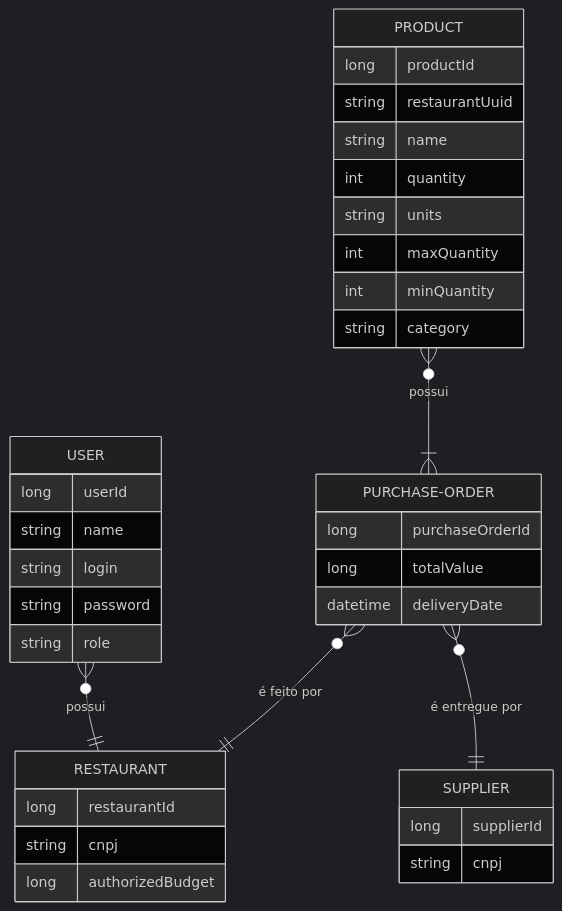
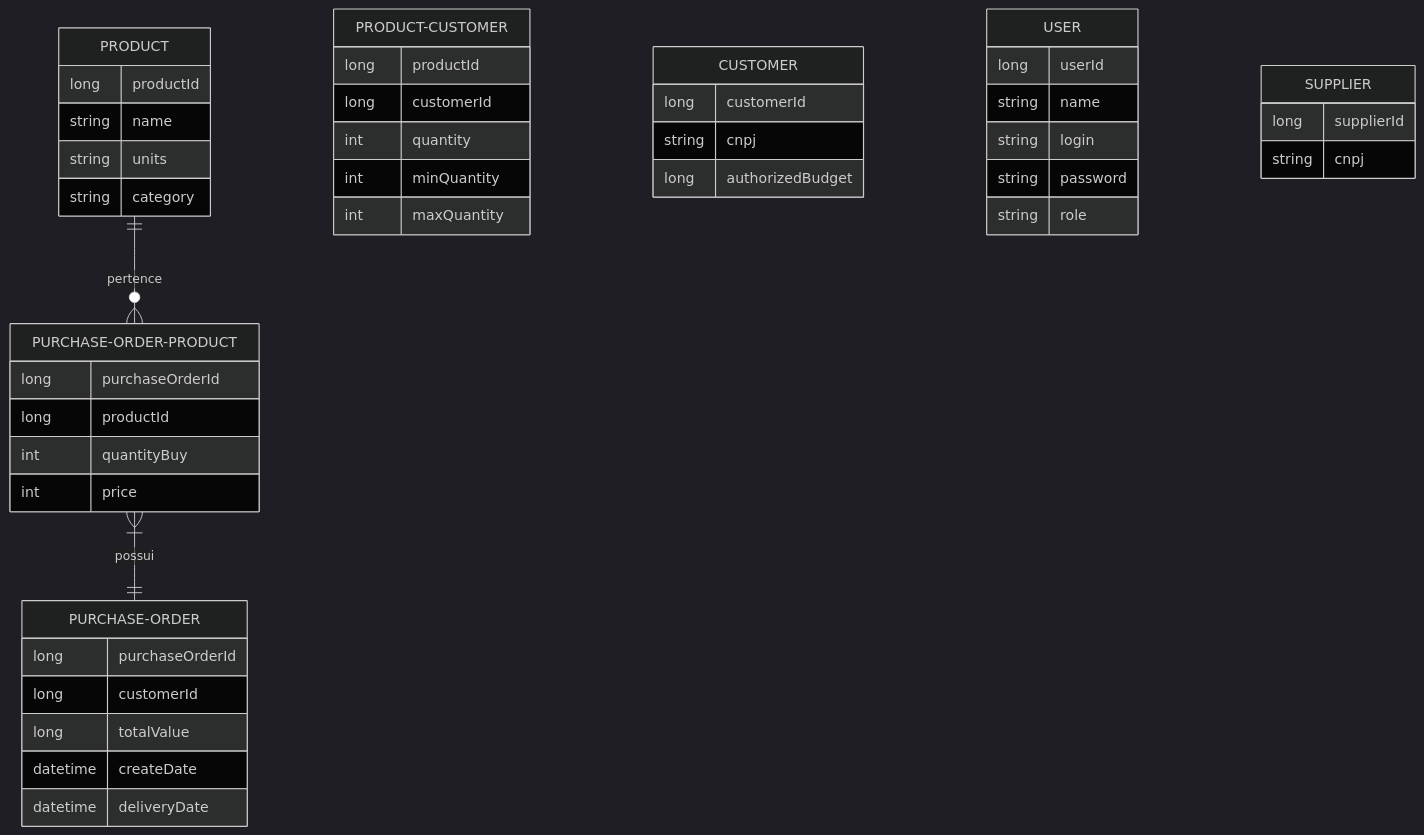
One commit to maihe/tc-restaurant-buyer changed the diagram in DOCS/db.md. Above: the diagram before and after it, drawn with Mermaid (dark theme).

Commit message:
atdb: atualizado Modelo ER

````diff
--- a/DOCS/db.md
+++ b/DOCS/db.md
@@ -5,47 +5,56 @@
 ```mermaid
 erDiagram
     
-    PRODUCT }o--|{ PURCHASE-ORDER : "possui"
-    
+    PRODUCT ||--o{ PURCHASE-ORDER-PRODUCT : "pertence"
+
     PRODUCT {
         long productId
-        string restaurantUuid
-        string name
-        int quantity
+        string name        
         string units
-        int maxQuantity
-        int minQuantity
         string category
     }
-    
-    PURCHASE-ORDER }o--|| RESTAURANT : "é feito por"
-    
-    PURCHASE-ORDER }o--|| SUPPLIER : "é entregue por"
-    
+
+    PRODUCT-CUSTOMER {
+        long productId
+        long customerId
+        int quantity
+        int minQuantity
+        int maxQuantity        
+    }
+
+    PURCHASE-ORDER-PRODUCT }|--|| PURCHASE-ORDER : "possui"
+
+    PURCHASE-ORDER-PRODUCT{
+        long purchaseOrderId
+        long productId
+        int quantityBuy
+        int price
+    }
+   
     PURCHASE-ORDER {
         long purchaseOrderId
+        long customerId   
         long totalValue
+        datetime createDate
         datetime deliveryDate
     } 
     
-    RESTAURANT {
-        long restaurantId        
+    CUSTOMER {
+        long customerId        
         string cnpj
         long authorizedBudget
     }
-
-    USER }o--|| RESTAURANT : "possui"
-    
+       
     USER {
         long userId
         string name
         string login
         string password
         string role
     }
 
     SUPPLIER {
         long supplierId
         string cnpj
     }
 ```
````
